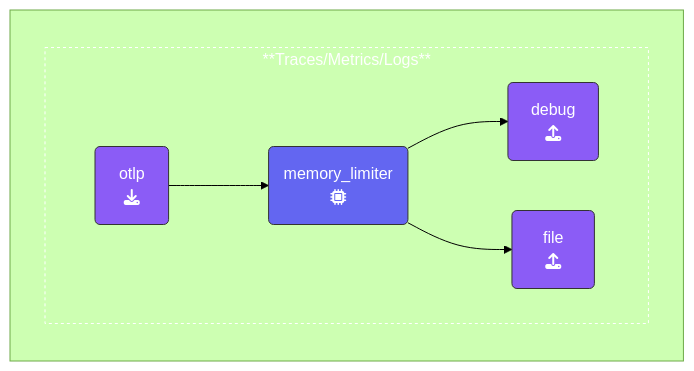
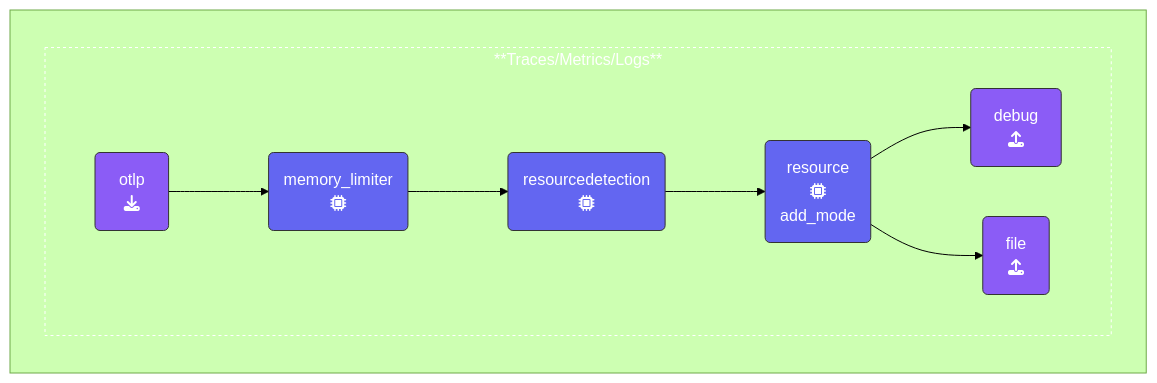
The diagram in content/en/ninja-workshops/3-opentelemetry-collector-workshops/2-advanced-collector/1-agent/1-3-fileexporter/_index.md (splunk/observability-workshop), drawn with Mermaid (forest theme) before and after one commit. The commit also changed other lines of this file and 7 other files, not shown here.

````diff
--- a/content/en/ninja-workshops/3-opentelemetry-collector-workshops/2-advanced-collector/1-agent/1-3-fileexporter/_index.md
+++ b/content/en/ninja-workshops/3-opentelemetry-collector-workshops/2-advanced-collector/1-agent/1-3-fileexporter/_index.md
@@ -71,22 +71,27 @@
 ```mermaid
-flowchart LR
+%%{init:{"fontFamily":"monospace"}}%%
+graph LR
     %% Nodes
       REC1(&nbsp;&nbsp;otlp&nbsp;&nbsp;<br>fa:fa-download):::receiver
       PRO1(memory_limiter<br>fa:fa-microchip):::processor
+      PRO2(resourcedetection<br>fa:fa-microchip):::processor
+      PRO3(resource<br>fa:fa-microchip<br>add_mode):::processor
       EXP1(&ensp;debug&ensp;<br>fa:fa-upload):::exporter
-      EXP2(&ensp;&ensp;file&ensp;&ensp;<br>fa:fa-upload):::exporter
+      EXP2(&ensp;file&ensp;<br>fa:fa-upload):::exporter
     %% Links
     subID1:::sub-traces
     subgraph " "
       subgraph subID1[**Traces/Metrics/Logs**]
       direction LR
       REC1 --> PRO1
-      PRO1 --> EXP1
-      PRO1 --> EXP2
+      PRO1 --> PRO2
+      PRO2 --> PRO3
+      PRO3 --> EXP1
+      PRO3 --> EXP2
       end
     end
 classDef receiver,exporter fill:#8b5cf6,stroke:#333,stroke-width:1px,color:#fff;
 classDef processor fill:#6366f1,stroke:#333,stroke-width:1px,color:#fff;
 classDef con-receive,con-export fill:#45c175,stroke:#333,stroke-width:1px,color:#fff;
 classDef sub-traces stroke:#fff,stroke-width:1px, color:#fff,stroke-dasharray: 3 3;
 ```
````
